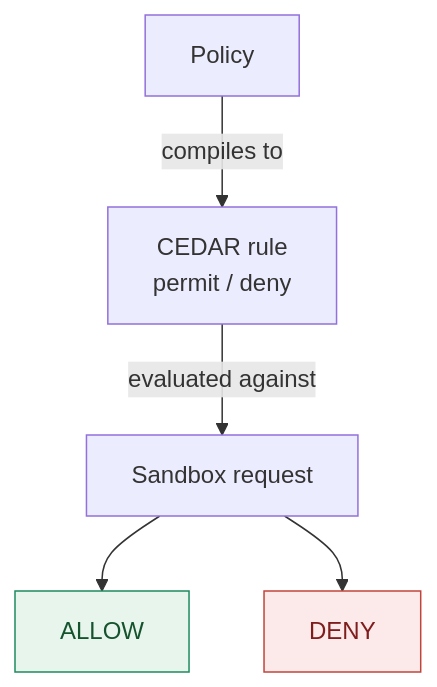
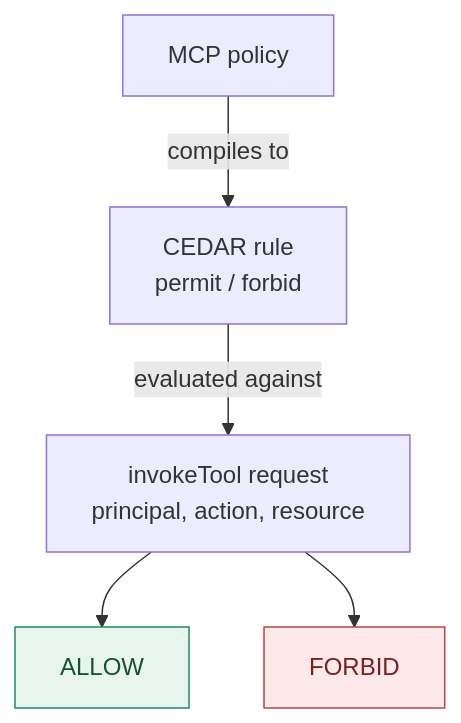
Before and after one commit to Raveendiran-RR/Docker-AI-Governance: the second of 2 diagrams in labs/getting-started/04-org-governance.md, drawn with Mermaid. The commit also changed other lines of this file and 1 other file, not shown here.

First line of the commit message:
Fix hallucinated sbx kit inspect output and scope CEDAR to MCP policy

````diff
--- a/labs/getting-started/04-org-governance.md
+++ b/labs/getting-started/04-org-governance.md
@@ -164,12 +164,12 @@
 ```mermaid no-run-button
 flowchart TD
-    P["Policy"] -->|compiles to| C["CEDAR rule<br/>permit / deny"]
-    C -->|evaluated against| S["Sandbox request"]
+    P["MCP policy"] -->|compiles to| C["CEDAR rule<br/>permit / forbid"]
+    C -->|evaluated against| S["invokeTool request<br/>principal, action, resource"]
     S --> A["ALLOW"]
-    S --> Deny["DENY"]
+    S --> F["FORBID"]
 
     classDef allow fill:#e7f5ec,stroke:#1f8a5f,color:#14532d;
     classDef deny fill:#fbeae9,stroke:#c1443c,color:#7f1d1d;
     class A allow;
-    class Deny deny;
+    class F deny;
 ```
````
